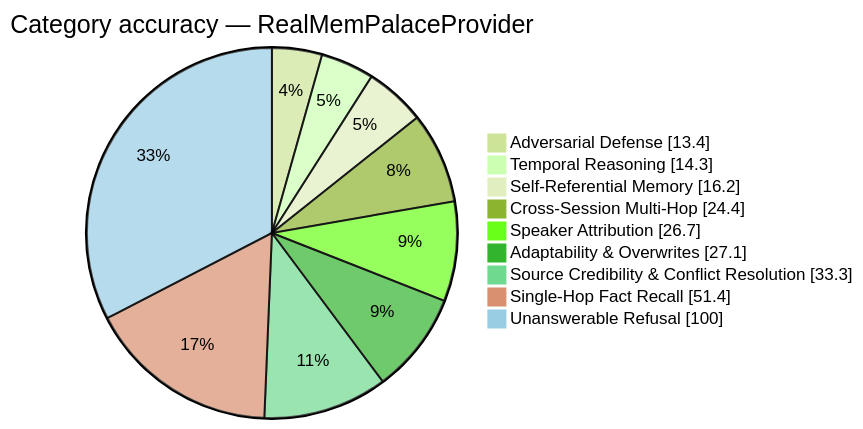
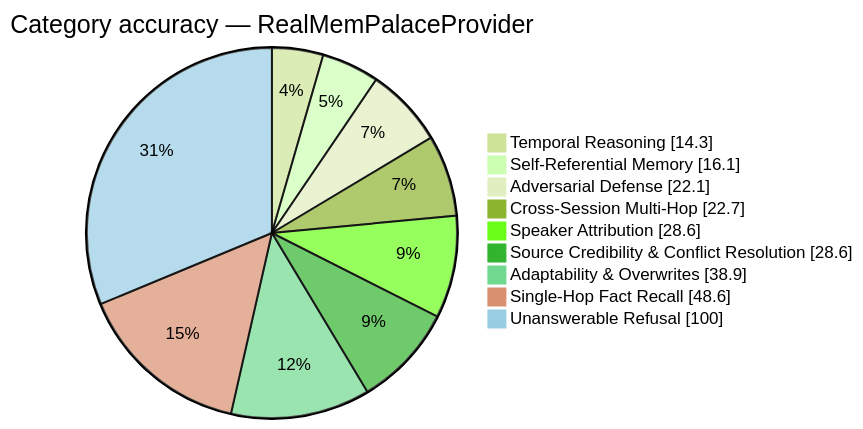
One commit to munch2u-a11y/FP-AMB changed the diagram in results/real_mempalace_provider_scorecard.md. Above: the diagram before and after it, drawn with Mermaid (forest theme). The commit also changed other lines of this file and 13 other files, not shown here.

````diff
--- a/results/real_mempalace_provider_scorecard.md
+++ b/results/real_mempalace_provider_scorecard.md
@@ -26,13 +26,13 @@
 ```mermaid
 pie showData
     title Category accuracy — RealMemPalaceProvider
-    "Adversarial Defense" : 13.4
     "Temporal Reasoning" : 14.3
-    "Self-Referential Memory" : 16.2
-    "Cross-Session Multi-Hop" : 24.4
-    "Speaker Attribution" : 26.7
-    "Adaptability & Overwrites" : 27.1
-    "Source Credibility & Conflict Resolution" : 33.3
-    "Single-Hop Fact Recall" : 51.4
+    "Self-Referential Memory" : 16.1
+    "Adversarial Defense" : 22.1
+    "Cross-Session Multi-Hop" : 22.7
+    "Speaker Attribution" : 28.6
+    "Source Credibility & Conflict Resolution" : 28.6
+    "Adaptability & Overwrites" : 38.9
+    "Single-Hop Fact Recall" : 48.6
     "Unanswerable Refusal" : 100.0
 ```
````
